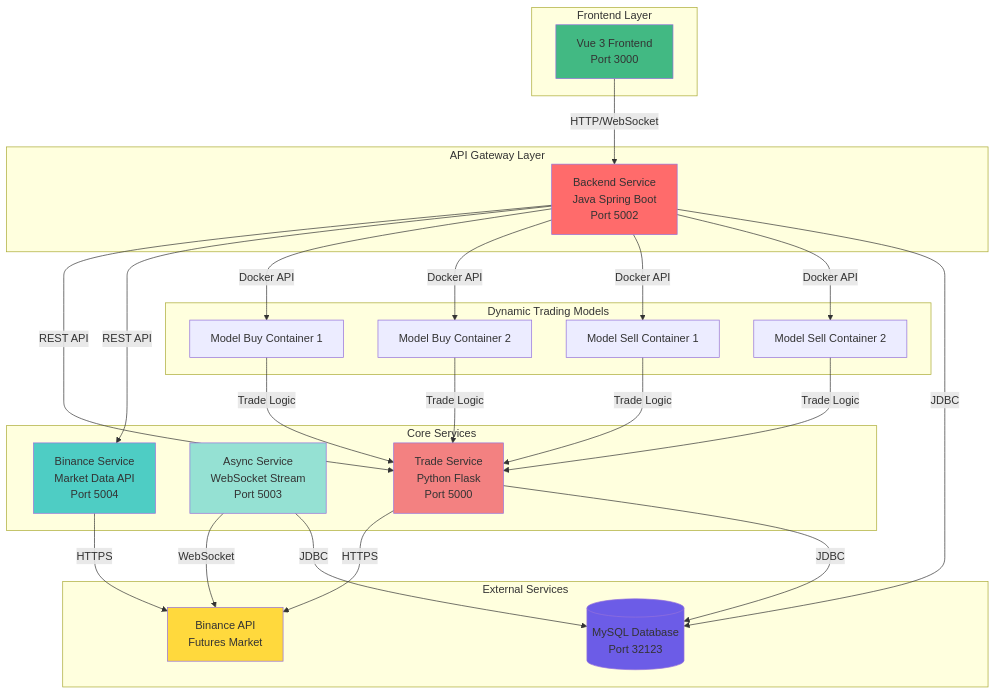
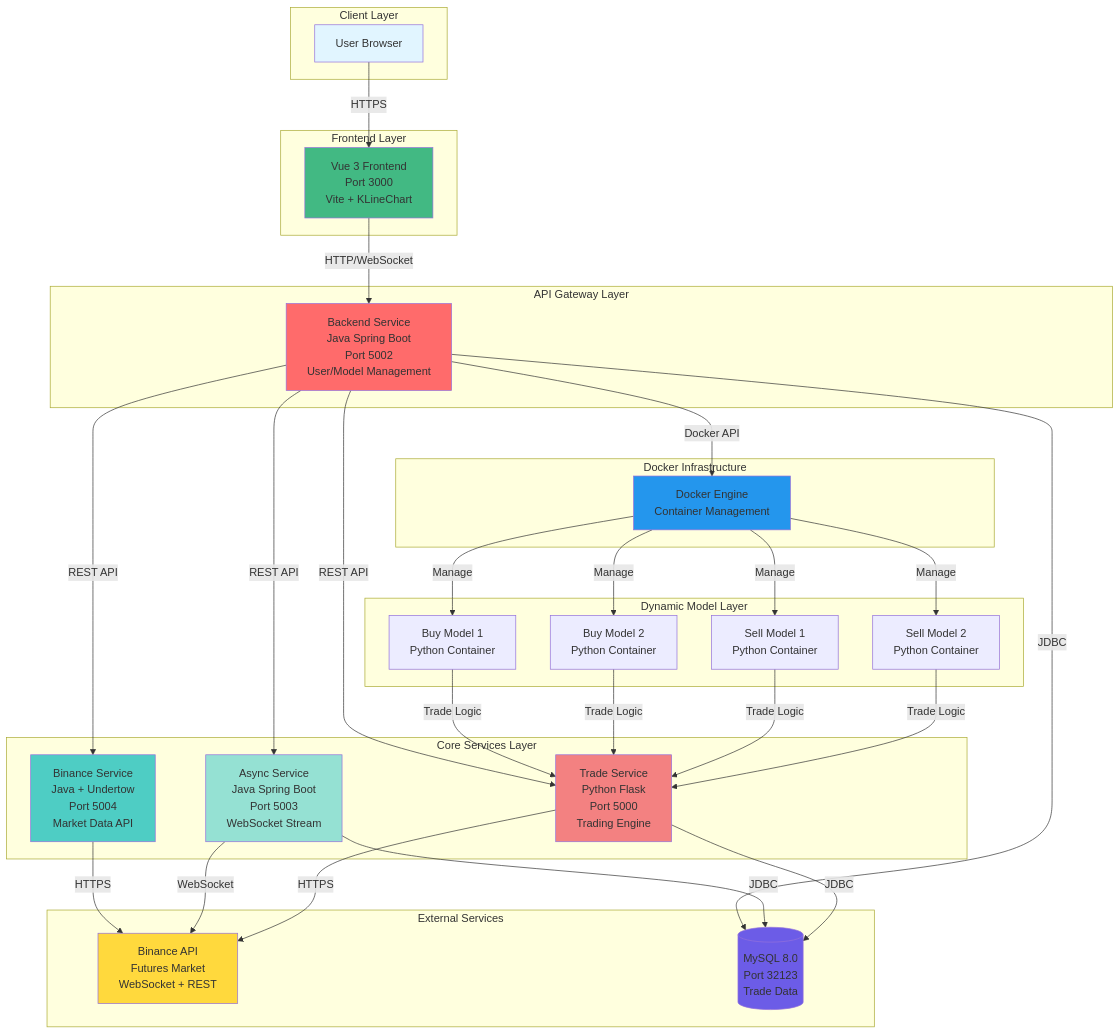
Before and after one commit to gavenwangcn/AIFutureTrade: the first of 6 diagrams in README.md, drawn with Mermaid. The commit also changed other lines of this file and 1 other file, not shown here.

````diff
--- a/README.md
+++ b/README.md
@@ -71,56 +90,70 @@
 ```mermaid
 graph TB
+    subgraph "Client Layer"
+        USER[User Browser]
+    end
+
     subgraph "Frontend Layer"
-        FE[Vue 3 Frontend<br/>Port 3000]
+        FE[Vue 3 Frontend<br/>Port 3000<br/>Vite + KLineChart]
     end
 
     subgraph "API Gateway Layer"
-        BE[Backend Service<br/>Java Spring Boot<br/>Port 5002]
+        BE[Backend Service<br/>Java Spring Boot<br/>Port 5002<br/>User/Model Management]
     end
 
-    subgraph "Core Services"
-        BS[Binance Service<br/>Market Data API<br/>Port 5004]
-        AS[Async Service<br/>WebSocket Stream<br/>Port 5003]
-        TS[Trade Service<br/>Python Flask<br/>Port 5000]
+    subgraph "Core Services Layer"
+        BS[Binance Service<br/>Java + Undertow<br/>Port 5004<br/>Market Data API]
+        AS[Async Service<br/>Java Spring Boot<br/>Port 5003<br/>WebSocket Stream]
+        TS[Trade Service<br/>Python Flask<br/>Port 5000<br/>Trading Engine]
     end
 
-    subgraph "Dynamic Trading Models"
-        MB1[Model Buy Container 1]
-        MB2[Model Buy Container 2]
-        MS1[Model Sell Container 1]
-        MS2[Model Sell Container 2]
+    subgraph "Dynamic Model Layer"
+        MB1[Buy Model 1<br/>Python Container]
+        MB2[Buy Model 2<br/>Python Container]
+        MS1[Sell Model 1<br/>Python Container]
+        MS2[Sell Model 2<br/>Python Container]
     end
 
     subgraph "External Services"
-        BINANCE[Binance API<br/>Futures Market]
-        DB[(MySQL Database<br/>Port 32123)]
+        BINANCE[Binance API<br/>Futures Market<br/>WebSocket + REST]
+        DB[(MySQL 8.0<br/>Port 32123<br/>Trade Data)]
     end
 
+    subgraph "Docker Infrastructure"
+        DOCKER[Docker Engine<br/>Container Management]
+    end
+
+    USER -->|HTTPS| FE
     FE -->|HTTP/WebSocket| BE
     BE -->|REST API| TS
     BE -->|REST API| BS
-    BE -->|Docker API| MB1
-    BE -->|Docker API| MB2
-    BE -->|Docker API| MS1
-    BE -->|Docker API| MS2
+    BE -->|REST API| AS
+    BE -->|Docker API| DOCKER
     BE -->|JDBC| DB
+
+    DOCKER -->|Manage| MB1
+    DOCKER -->|Manage| MB2
+    DOCKER -->|Manage| MS1
+    DOCKER -->|Manage| MS2
 
     BS -->|HTTPS| BINANCE
     AS -->|WebSocket| BINANCE
     AS -->|JDBC| DB
     TS -->|HTTPS| BINANCE
     TS -->|JDBC| DB
 
     MB1 -->|Trade Logic| TS
     MB2 -->|Trade Logic| TS
     MS1 -->|Trade Logic| TS
     MS2 -->|Trade Logic| TS
 
+    style USER fill:#e1f5ff
     style FE fill:#42b983
     style BE fill:#ff6b6b
     style BS fill:#4ecdc4
     style AS fill:#95e1d3
     style TS fill:#f38181
     style BINANCE fill:#ffd93d
     style DB fill:#6c5ce7
+    style DOCKER fill:#2496ed
 ```
````
